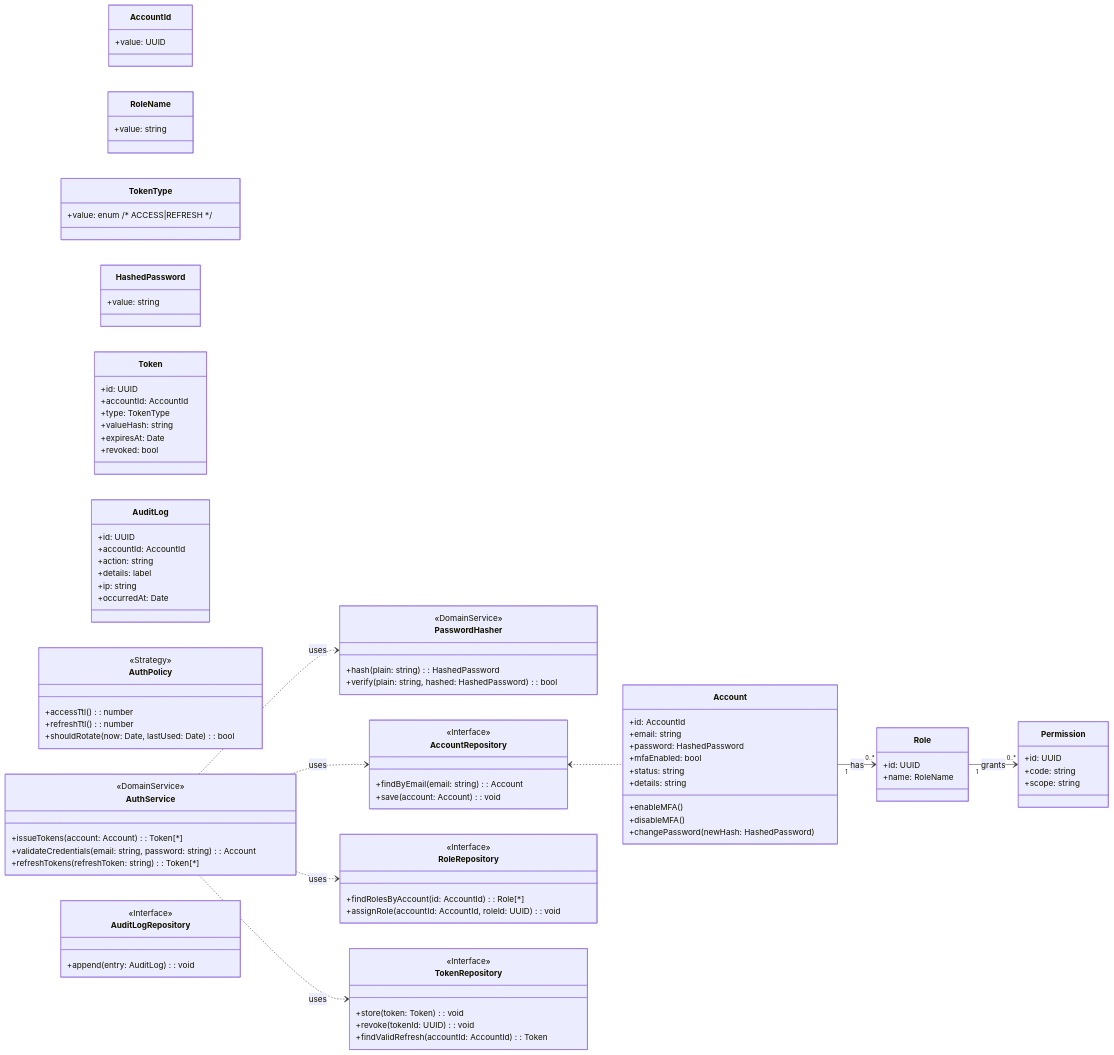
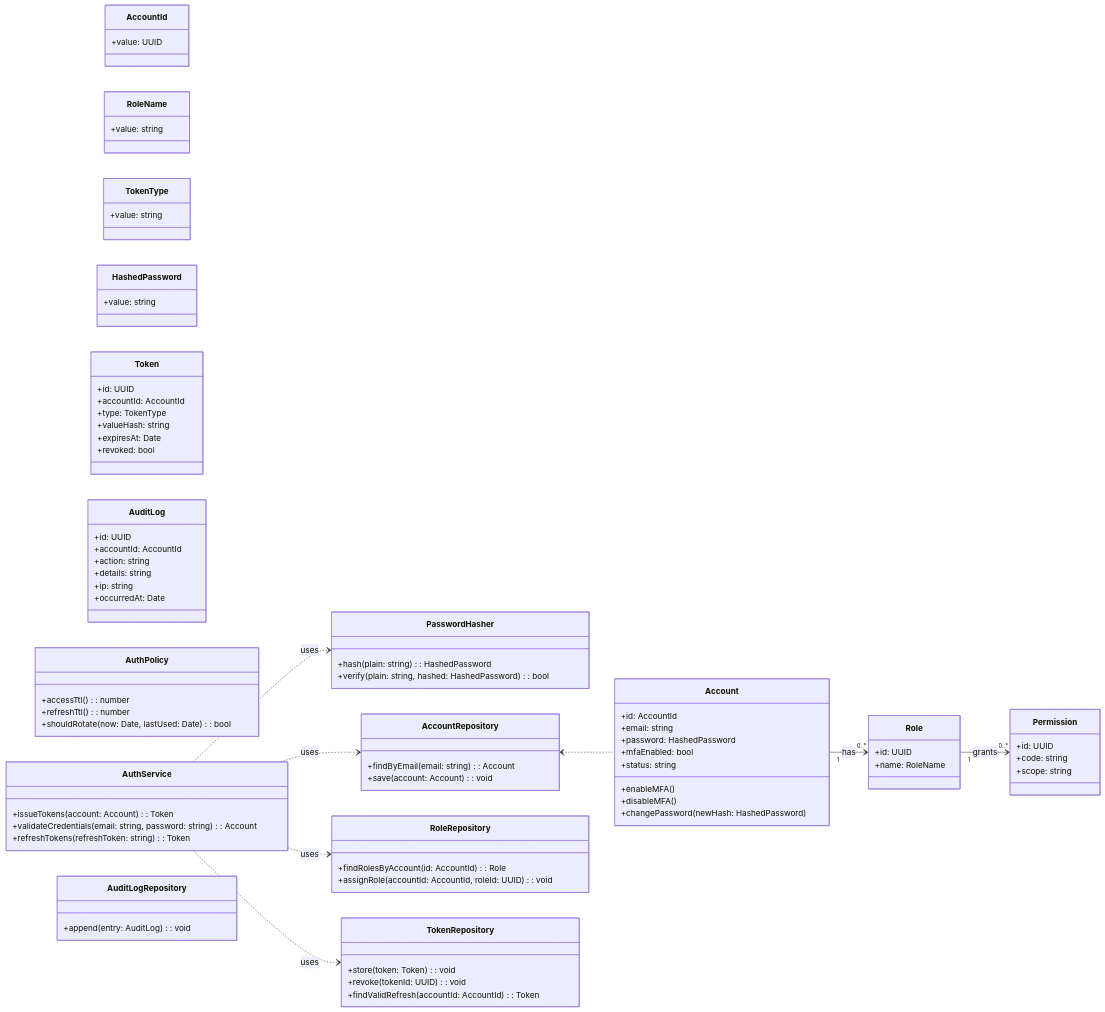
One commit to FitSense-Emergentes-14653/Project-Report changed the fifth of 6 diagrams in Docs/chapter-5.md. Above: the diagram before and after it, drawn with Mermaid.

Commit message:
fix: monitory context

````diff
--- a/Docs/chapter-5.md
+++ b/Docs/chapter-5.md
@@ -916,100 +916,109 @@
 ```mermaid
 classDiagram
-  direction LR
+direction LR
 
-  %% ==== Value Objects ====
-  class AccountId { +value: UUID }
-  class RoleName { +value: string }
-  class TokenType { +value: enum /* ACCESS|REFRESH */ }
-  class HashedPassword { +value: string }
+%% ===== Value Objects =====
+class AccountId { 
+  +value: UUID 
+}
+class RoleName { 
+  +value: string 
+}
+class TokenType { 
+  +value: string 
+}
+class HashedPassword { 
+  +value: string 
+}
 
-  %% ==== Entities / Aggregates ====
-  class Account {
-    +id: AccountId
-    +email: string
-    +password: HashedPassword
-    +mfaEnabled: bool
-    +status: string
-    +enableMFA()
-    +disableMFA()
-    +changePassword(newHash: HashedPassword)
-    +details: string
-  }
+%% ===== Entities / Aggregates =====
+class Account {
+  +id: AccountId
+  +email: string
+  +password: HashedPassword
+  +mfaEnabled: bool
+  +status: string
+  +enableMFA()
+  +disableMFA()
+  +changePassword(newHash: HashedPassword)
+}
 
-  class Role {
-    +id: UUID
-    +name: RoleName
-  }
+class Role {
+  +id: UUID
+  +name: RoleName
+}
 
-  class Permission {
-    +id: UUID
-    +code: string
-    +scope: string
-  }
+class Permission {
+  +id: UUID
+  +code: string
+  +scope: string
+}
 
-  class Token {
-    +id: UUID
-    +accountId: AccountId
-    +type: TokenType
-    +valueHash: string
-    +expiresAt: Date
-    +revoked: bool
-  }
+class Token {
+  +id: UUID
+  +accountId: AccountId
+  +type: TokenType
+  +valueHash: string
+  +expiresAt: Date
+  +revoked: bool
+}
 
-  class AuditLog {
-    +id: UUID
-    +accountId: AccountId
-    +action: string
-    +details: label
-    +ip: string
-    +occurredAt: Date
-  }
+class AuditLog {
+  +id: UUID
+  +accountId: AccountId
+  +action: string
+  +details: string
+  +ip: string
+  +occurredAt: Date
+}
 
-  %% ==== Domain Services / Strategy ====
-  class AuthPolicy <<Strategy>> {
-    +accessTtl(): number
-    +refreshTtl(): number
-    +shouldRotate(now: Date, lastUsed: Date): bool
-  }
+%% ===== Domain Services / Policy =====
+class AuthPolicy {
+  +accessTtl(): number
+  +refreshTtl(): number
+  +shouldRotate(now: Date, lastUsed: Date): bool
+}
 
-  class AuthService <<DomainService>> {
-    +issueTokens(account: Account): Token[*]
-    +validateCredentials(email: string, password: string): Account
-    +refreshTokens(refreshToken: string): Token[*]
-  }
+class AuthService {
+  +issueTokens(account: Account): Token
+  +validateCredentials(email: string, password: string): Account
+  +refreshTokens(refreshToken: string): Token
+}
 
-  class PasswordHasher <<DomainService>> {
-    +hash(plain: string): HashedPassword
-    +verify(plain: string, hashed: HashedPassword): bool
-  }
+class PasswordHasher {
+  +hash(plain: string): HashedPassword
+  +verify(plain: string, hashed: HashedPassword): bool
+}
 
-  %% ==== Repositories (Ports) ====
-  class AccountRepository <<Interface>> {
-    +findByEmail(email: string): Account
-    +save(account: Account): void
-  }
+%% ===== Repository Interfaces (Ports) =====
+class AccountRepository {
+  +findByEmail(email: string): Account
+  +save(account: Account): void
+}
 
-  class RoleRepository <<Interface>> {
-    +findRolesByAccount(id: AccountId): Role[*]
-    +assignRole(accountId: AccountId, roleId: UUID): void
-  }
+class RoleRepository {
+  +findRolesByAccount(id: AccountId): Role
+  +assignRole(accountId: AccountId, roleId: UUID): void
+}
 
-  class TokenRepository <<Interface>> {
-    +store(token: Token): void
-    +revoke(tokenId: UUID): void
-    +findValidRefresh(accountId: AccountId): Token
-  }
+class TokenRepository {
+  +store(token: Token): void
+  +revoke(tokenId: UUID): void
+  +findValidRefresh(accountId: AccountId): Token
+}
 
-  class AuditLogRepository <<Interface>> {
-    +append(entry: AuditLog): void
-  }
+class AuditLogRepository {
+  +append(entry: AuditLog): void
+}
 
-  %% ==== Associations ====
-  Account "1" --> "0..*" Role : has
-  Role "1" --> "0..*" Permission : grants
-  AuthService ..> AccountRepository : uses
-  AuthService ..> RoleRepository : uses
-  AuthService ..> TokenRepository : uses
-  AuthService ..> PasswordHasher : uses
-  AccountRepository <.. Account
+%% ===== Associations =====
+Account "1" --> "0..*" Role : has
+Role "1" --> "0..*" Permission : grants
+AuthService ..> AccountRepository : uses
+AuthService ..> RoleRepository : uses
+AuthService ..> TokenRepository : uses
+AuthService ..> PasswordHasher : uses
+AccountRepository <.. Account
+
+
 ```
````
